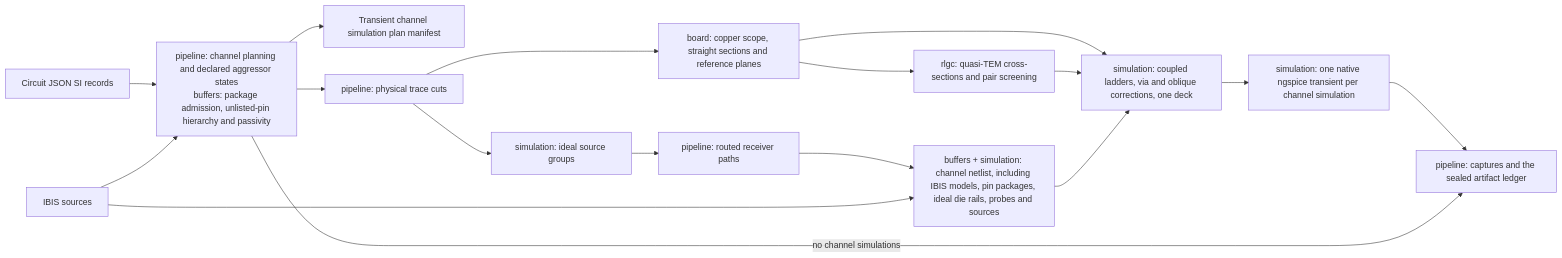
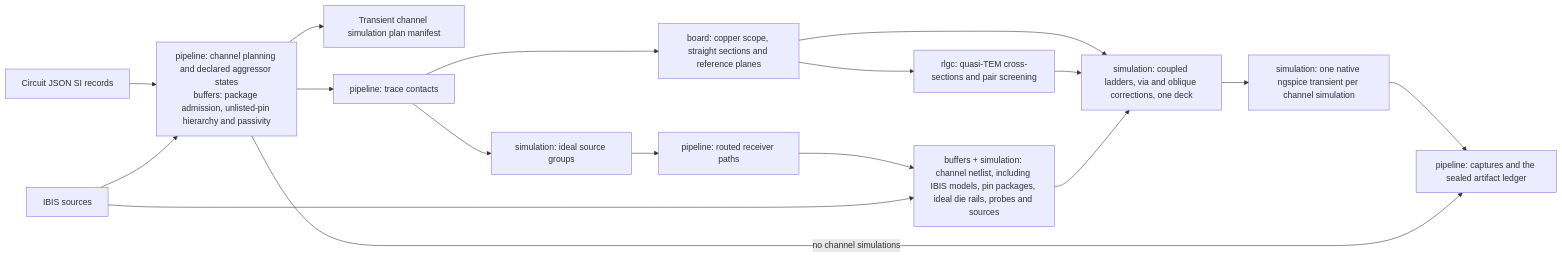
Before and after one commit to tscircuit/signal-integrity-pipeline: the first of 9 diagrams in docs/ARCHITECTURE.md, drawn with Mermaid. The commit also changed other lines of this file and 5 other files, not shown here.

````diff
--- a/docs/ARCHITECTURE.md
+++ b/docs/ARCHITECTURE.md
@@ -28,19 +28,19 @@
 ```mermaid
 flowchart LR
   source["Circuit JSON SI records"] --> plan["pipeline: channel planning and declared aggressor states<br/>buffers: package admission, unlisted-pin hierarchy and passivity"]
   modelSources["IBIS sources"] --> plan
   plan --> manifest["Transient channel simulation plan manifest"]
-  plan --> cuts["pipeline: physical trace cuts"]
-  cuts --> sections["board: copper scope, straight sections and reference planes"]
-  cuts --> groups["simulation: ideal source groups"]
+  plan --> traceContacts["pipeline: trace contacts"]
+  traceContacts --> sections["board: copper scope, straight sections and reference planes"]
+  traceContacts --> groups["simulation: ideal source groups"]
   groups --> receiverPaths["pipeline: routed receiver paths"]
   sections --> fields["rlgc: quasi-TEM cross-sections and pair screening"]
   receiverPaths --> netlist["buffers + simulation: channel netlist, including IBIS models, pin packages, ideal die rails, probes and sources"]
   modelSources --> netlist
   sections --> network["simulation: coupled ladders, via and oblique corrections, one deck"]
   fields --> network
   netlist --> network
   network --> transient["simulation: one native ngspice transient per channel simulation"]
   transient --> output["pipeline: captures and the sealed artifact ledger"]
   plan -->|"no channel simulations"| output
 ```
````
